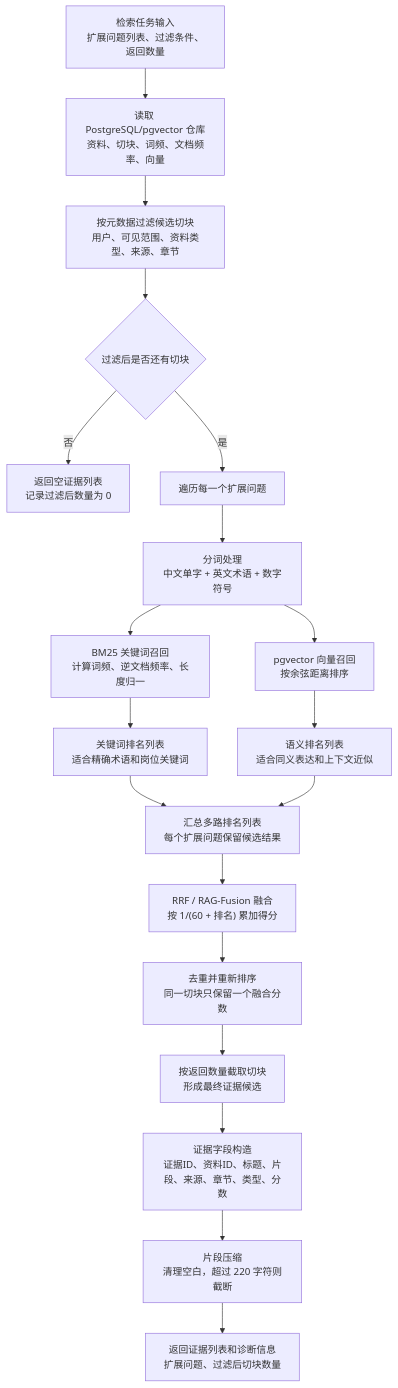
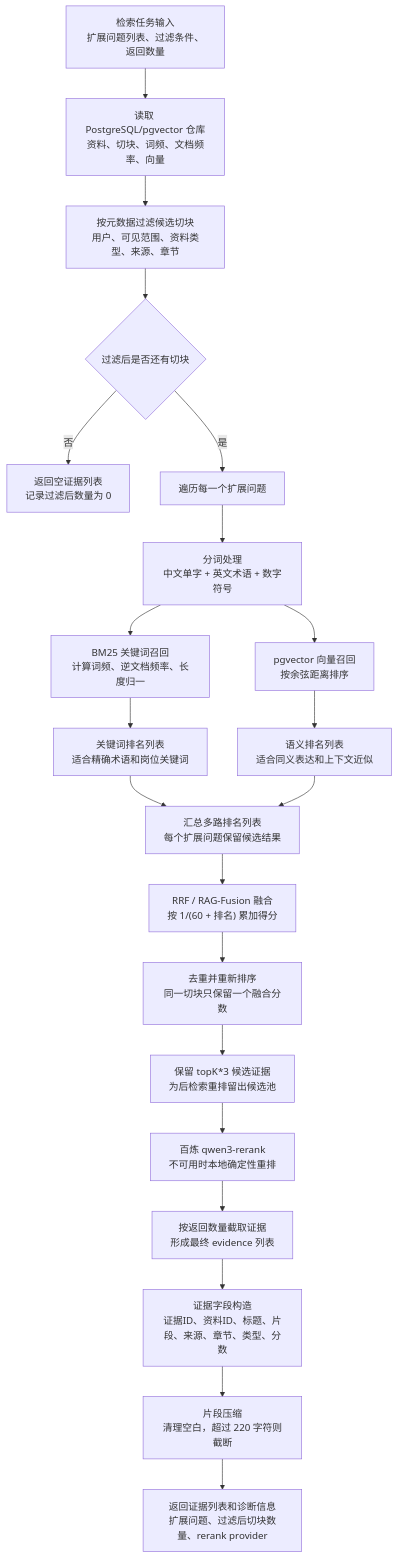
One commit to HeWhenJay/Multimodal-RAG-Agent-Learning-Evidence-Platform changed the sixth of 6 diagrams in README.md. Above: the diagram before and after it, drawn with Mermaid. The commit also changed other lines of this file and 7 other files, not shown here.

````diff
--- a/README.md
+++ b/README.md
@@ -169,21 +220,23 @@
 ```mermaid
 flowchart TD
     C0["检索任务输入<br/>扩展问题列表、过滤条件、返回数量"] --> C1["读取 PostgreSQL/pgvector 仓库<br/>资料、切块、词频、文档频率、向量"]
     C1 --> C2["按元数据过滤候选切块<br/>用户、可见范围、资料类型、来源、章节"]
     C2 --> C3{"过滤后是否还有切块"}
     C3 -->|"否"| C4["返回空证据列表<br/>记录过滤后数量为 0"]
     C3 -->|"是"| C5["遍历每一个扩展问题"]
     C5 --> C6["分词处理<br/>中文单字 + 英文术语 + 数字符号"]
     C6 --> C7["BM25 关键词召回<br/>计算词频、逆文档频率、长度归一"]
     C6 --> C8["pgvector 向量召回<br/>按余弦距离排序"]
     C7 --> C9["关键词排名列表<br/>适合精确术语和岗位关键词"]
     C8 --> C10["语义排名列表<br/>适合同义表达和上下文近似"]
     C9 --> C11["汇总多路排名列表<br/>每个扩展问题保留候选结果"]
     C10 --> C11
     C11 --> C12["RRF / RAG-Fusion 融合<br/>按 1/(60 + 排名) 累加得分"]
     C12 --> C13["去重并重新排序<br/>同一切块只保留一个融合分数"]
-    C13 --> C14["按返回数量截取切块<br/>形成最终证据候选"]
-    C14 --> C15["证据字段构造<br/>证据ID、资料ID、标题、片段、来源、章节、类型、分数"]
-    C15 --> C16["片段压缩<br/>清理空白，超过 220 字符则截断"]
-    C16 --> C17["返回证据列表和诊断信息<br/>扩展问题、过滤后切块数量"]
+    C13 --> C14["保留 topK*3 候选证据<br/>为后检索重排留出候选池"]
+    C14 --> C15["百炼 qwen3-rerank<br/>不可用时本地确定性重排"]
+    C15 --> C16["按返回数量截取证据<br/>形成最终 evidence 列表"]
+    C16 --> C17["证据字段构造<br/>证据ID、资料ID、标题、片段、来源、章节、类型、分数"]
+    C17 --> C18["片段压缩<br/>清理空白，超过 220 字符则截断"]
+    C18 --> C19["返回证据列表和诊断信息<br/>扩展问题、过滤后切块数量、rerank provider"]
 ```
````
